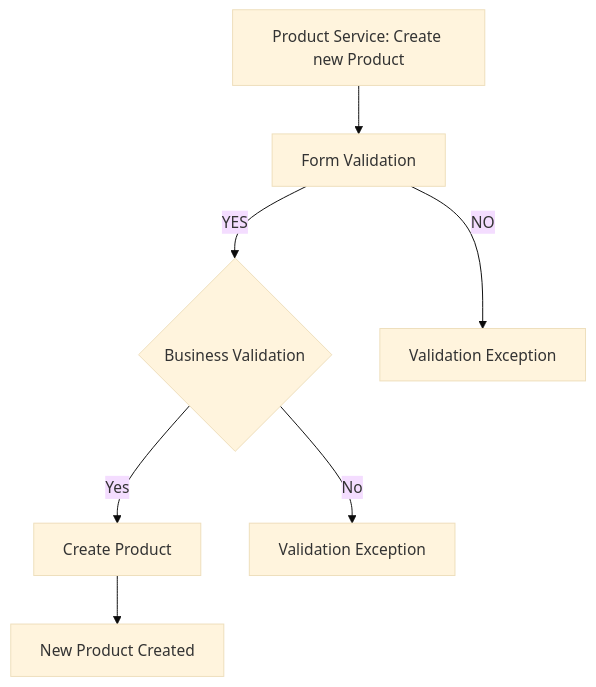
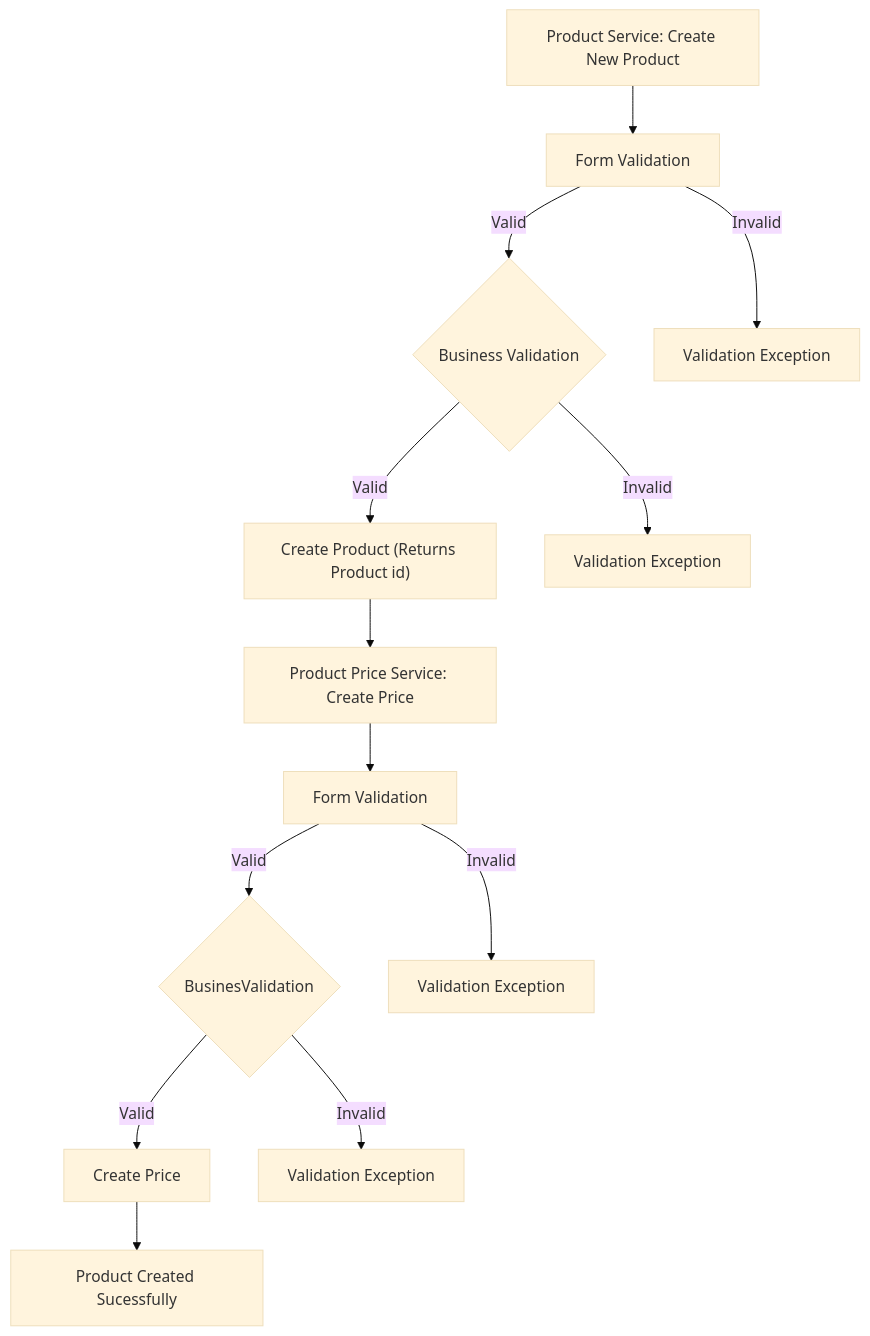
One commit to fssa-batch3/sec_b_inbalokesh.esakkipandi__corejava_project_2 changed the fourth of 9 diagrams in README.md. Above: the diagram before and after it, drawn with Mermaid (base theme). The commit also changed other lines of this file, not shown here.

````diff
--- a/README.md
+++ b/README.md
@@ -166,8 +189,15 @@
 ```mermaid
 graph TD;
-  A["Product Service: Create new Product"] --> B["Form Validation"] -- YES --> C{Business Validation}
-  B -- NO --> G[Validation Exception]
-  C -- Yes --> D[Create Product]
-  D --> E[New Product Created]
-  C -- No --> F[Validation Exception]
+  A["Product Service: Create New Product"] --> 
+  B["Form Validation"] -- Valid--> C{Business Validation}
+  B -- Invalid --> G[Validation Exception]
+  C -- Valid --> D["Create Product (Returns Product id)"]
+  C -- Invalid --> F[Validation Exception]
+  D --> E[Product Price Service: Create Price]
+  E --> H[Form Validation] -- Valid --> I{BusinesValidation}
+  H -- Invalid --> J[Validation Exception]
+  I -- Valid --> K[Create Price]
+  I -- Invalid --> L[Validation Exception]
+  K --> M[Product Created Sucessfully]
+  
 ```
````
